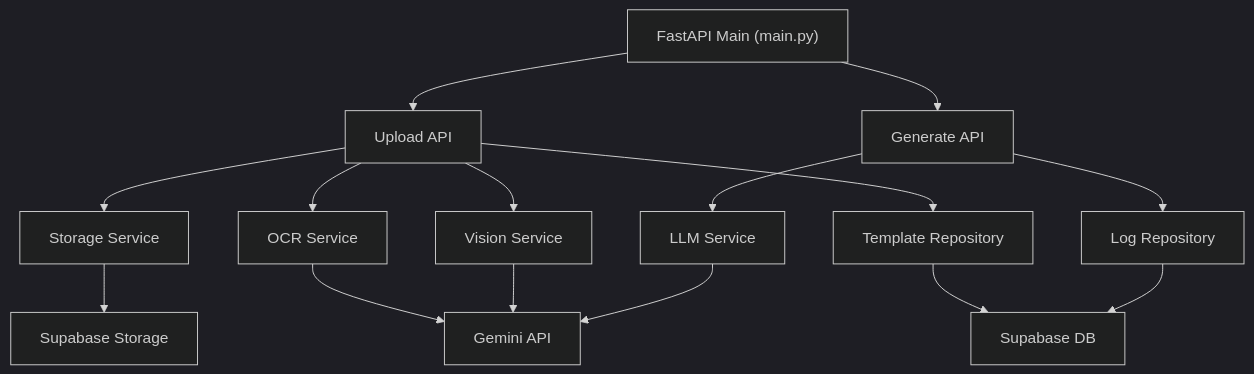
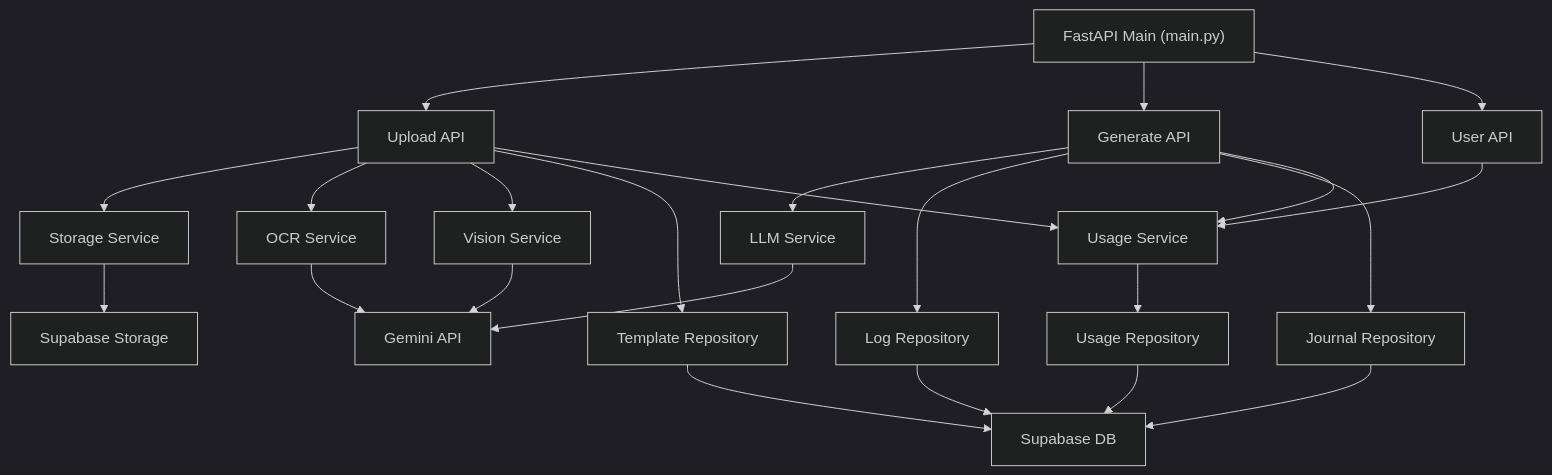
Before and after one commit to vodqar/Nuri-GPT: the diagram in nuri-gpt-backend/docs/ARCHITECTURE.md, drawn with Mermaid (dark theme). The commit also changed other lines of this file and 14 other files, not shown here.

````diff
--- a/nuri-gpt-backend/docs/ARCHITECTURE.md
+++ b/nuri-gpt-backend/docs/ARCHITECTURE.md
@@ -16,20 +16,30 @@
 ```mermaid
 graph TD
     A["FastAPI Main (main.py)"] --> B["Upload API"]
     A --> C["Generate API"]
+    A --> D["User API"]
 
     B --> E["Storage Service"]
     B --> F["OCR Service"]
     B --> G["Vision Service"]
     B --> H["Template Repository"]
+    B --> P["Usage Service"]
 
     C --> I["LLM Service"]
     C --> J["Log Repository"]
+    C --> K["Journal Repository"]
+    C --> P
+
+    D --> P
+
+    P --> Q["Usage Repository"]
 
     E --> L[Supabase Storage]
     F --> M[Gemini API]
     G --> M
     I --> M
     H --> O[Supabase DB]
     J --> O
+    K --> O
+    Q --> O
 ```
````
